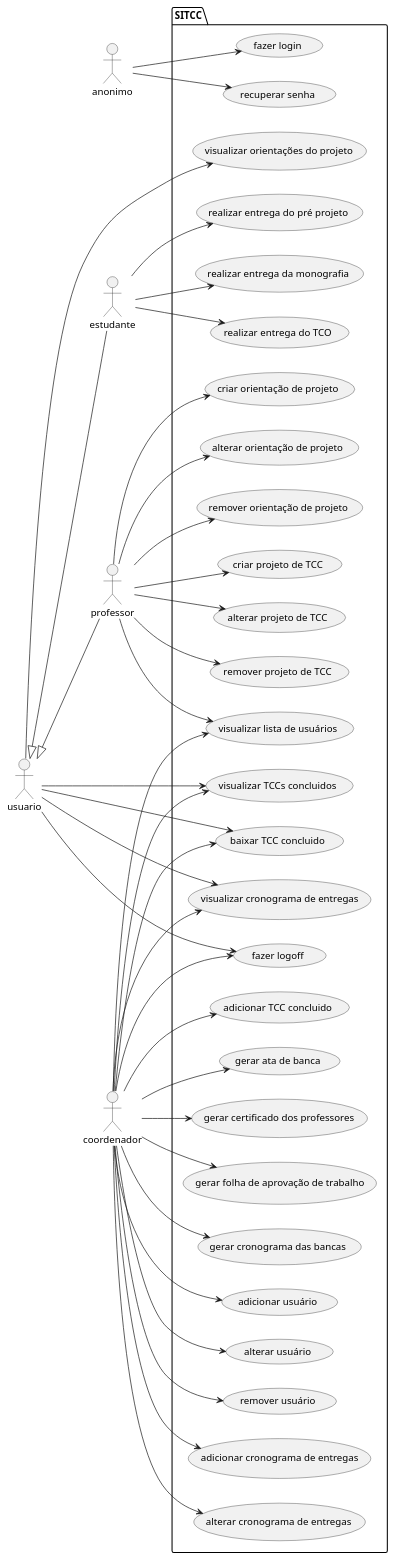
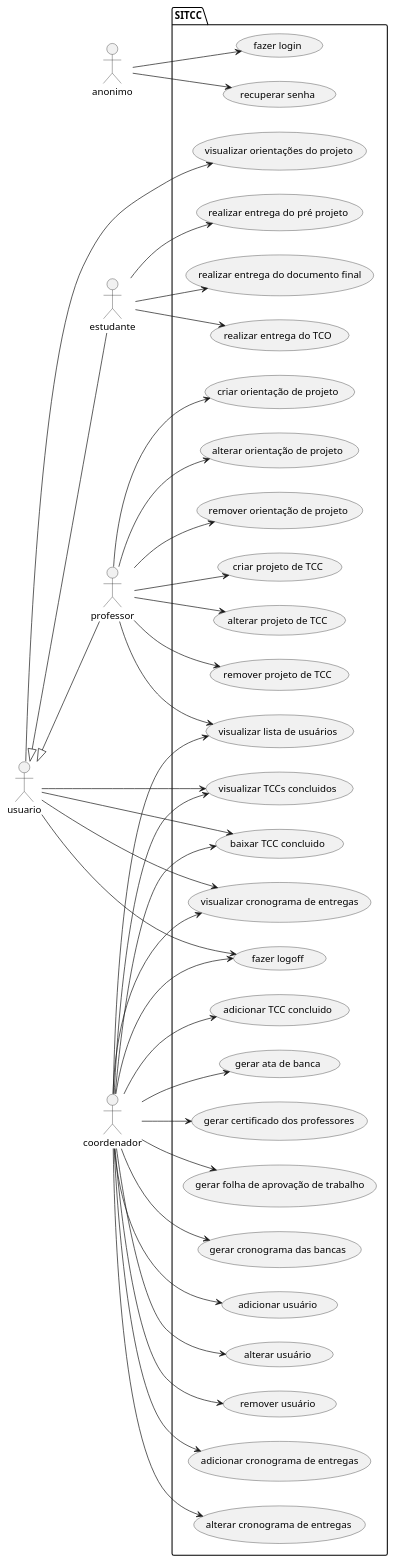
One commit to EngProjTCC/SITCC changed the diagram in reqs.md. Above: the diagram before and after it, drawn with PlantUML.

````diff
--- a/reqs.md
+++ b/reqs.md
@@ -21,76 +21,76 @@
 ```plantuml
 @startuml
 left to right direction
 actor anonimo as a
 actor usuario as u
 actor estudante as e
 actor professor as p
 actor coordenador as c
 
 u <|-- e
 u <|-- p
 
 package SITCC {
   usecase "recuperar senha" as UC01
   usecase "fazer login" as UC02
   usecase "fazer logoff" as UC03
   usecase "visualizar TCCs concluidos" as UC04
   usecase "baixar TCC concluido" as UC05
   usecase "visualizar orientações do projeto" as UC06
   usecase "visualizar cronograma de entregas" as UC07
   usecase "realizar entrega do TCO" as UC08
   usecase "realizar entrega do pré projeto" as UC09
-  usecase "realizar entrega da monografia" as UC10
+  usecase "realizar entrega do documento final" as UC10
   usecase "criar projeto de TCC" as UC11  
   usecase "alterar projeto de TCC" as UC12
   usecase "remover projeto de TCC" as UC13
   usecase "criar orientação de projeto" as UC14
   usecase "alterar orientação de projeto" as UC15
   usecase "remover orientação de projeto" as UC16
   usecase "visualizar lista de usuários" as UC17
   usecase "adicionar usuário" as UC18
   usecase "alterar usuário" as UC19
   usecase "remover usuário" as UC20
   usecase "adicionar cronograma de entregas" as UC21
   usecase "alterar cronograma de entregas" as UC22
   usecase "adicionar TCC concluido" as UC23
   usecase "gerar ata de banca" as UC24
   usecase "gerar certificado dos professores" as UC25
   usecase "gerar folha de aprovação de trabalho" as UC26
   usecase "gerar cronograma das bancas" as UC27
   
 }
 a --> UC01
 a --> UC02
 u --> UC03
 u --> UC04
 u --> UC05
 u --> UC06
 u --> UC07
 e --> UC08
 e --> UC09
 e --> UC10
 p --> UC11
 p --> UC12
 p --> UC13
 p --> UC14
 p --> UC15
 p --> UC16
 p --> UC17
 c --> UC03
 c --> UC04
 c --> UC05
 c --> UC07
 c --> UC17
 c --> UC18
 c --> UC19
 c --> UC20
 c --> UC21
 c --> UC22
 c --> UC23
 c --> UC24
 c --> UC25
 c --> UC26
 c --> UC27
 @enduml
 ```
````
